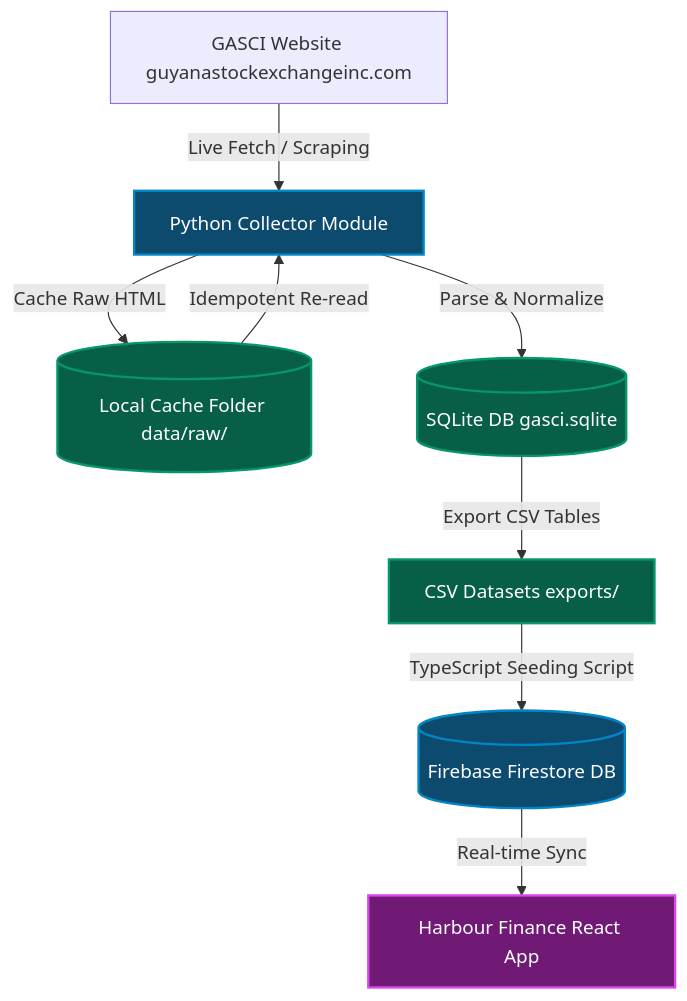
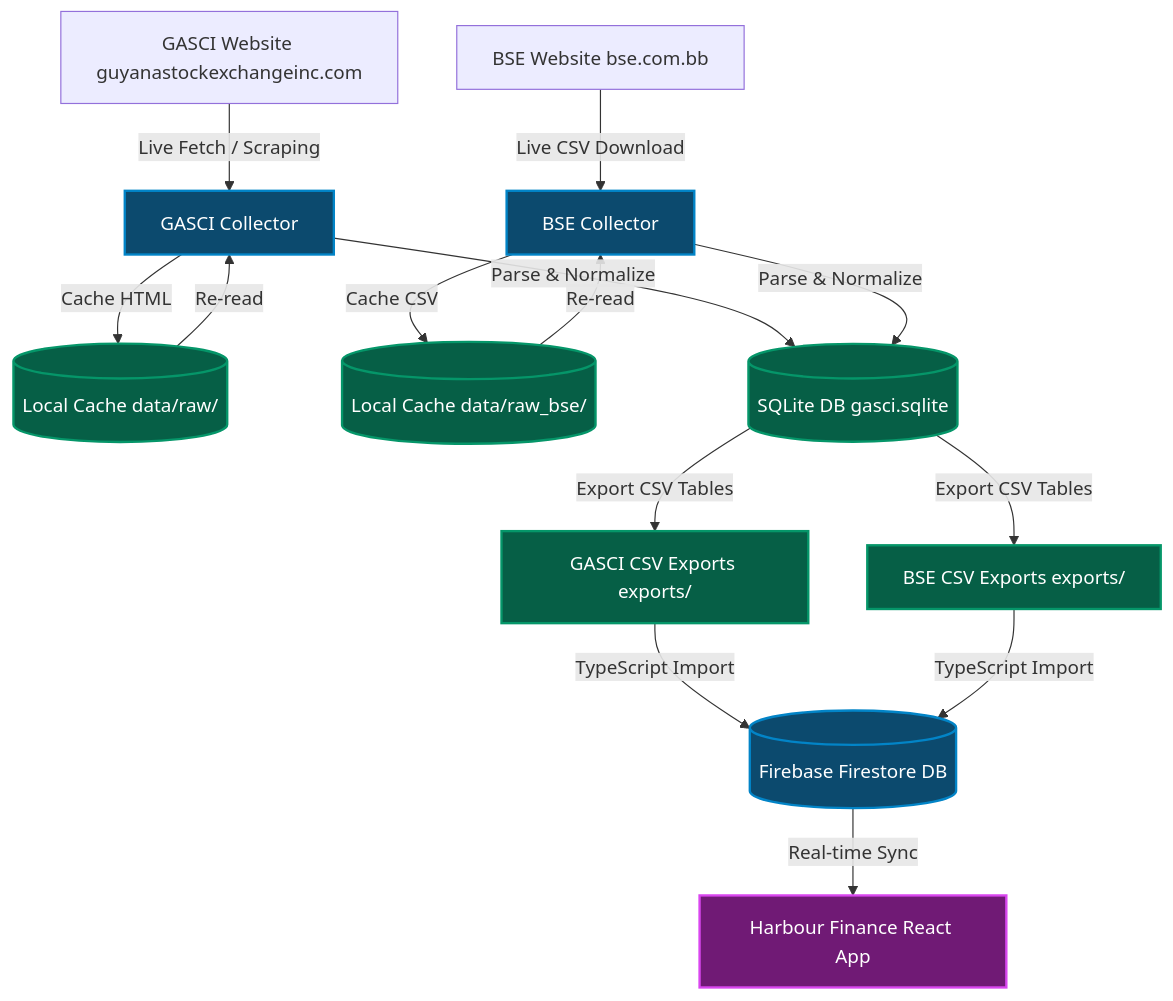
Before and after one commit to akintayo57/equity-ledger: the diagram in README.md, drawn with Mermaid. The commit also changed other lines of this file and 13 other files, not shown here.

Commit message:
Implement Barbados Stock Exchange (BSE) collector, CLI, export features, and unit tests

````diff
--- a/README.md
+++ b/README.md
@@ -13,18 +15,30 @@
 ```mermaid
 graph TD
     classDef main fill:#0c4a6e,stroke:#0284c7,stroke-width:2px,color:#fff;
     classDef data fill:#065f46,stroke:#059669,stroke-width:2px,color:#fff;
     classDef client fill:#701a75,stroke:#d946ef,stroke-width:2px,color:#fff;
     
-    A[GASCI Website guyanastockexchangeinc.com] -->|Live Fetch / Scraping| B[Python Collector Module]
-    B -->|Cache Raw HTML| C[(Local Cache Folder data/raw/)]
-    C -->|Idempotent Re-read| B
-    B -->|Parse & Normalize| D[(SQLite DB gasci.sqlite)]
-    D -->|Export CSV Tables| E[CSV Datasets exports/]
-    E -->|TypeScript Seeding Script| F[(Firebase Firestore DB)]
+    A1[GASCI Website guyanastockexchangeinc.com] -->|Live Fetch / Scraping| B1[GASCI Collector]
+    A2[BSE Website bse.com.bb] -->|Live CSV Download| B2[BSE Collector]
+    
+    B1 -->|Cache HTML| C1[(Local Cache data/raw/)]
+    B2 -->|Cache CSV| C2[(Local Cache data/raw_bse/)]
+    
+    C1 -->|Re-read| B1
+    C2 -->|Re-read| B2
+    
+    B1 -->|Parse & Normalize| D[(SQLite DB gasci.sqlite)]
+    B2 -->|Parse & Normalize| D
+    
+    D -->|Export CSV Tables| E1[GASCI CSV Exports exports/]
+    D -->|Export CSV Tables| E2[BSE CSV Exports exports/]
+    
+    E1 -->|TypeScript Import| F[(Firebase Firestore DB)]
+    E2 -->|TypeScript Import| F
+    
     F -->|Real-time Sync| G[Harbour Finance React App]
 
-    class B,F main;
-    class C,D,E data;
+    class B1,B2,F main;
+    class C1,C2,D,E1,E2 data;
     class G client;
 ```
````
